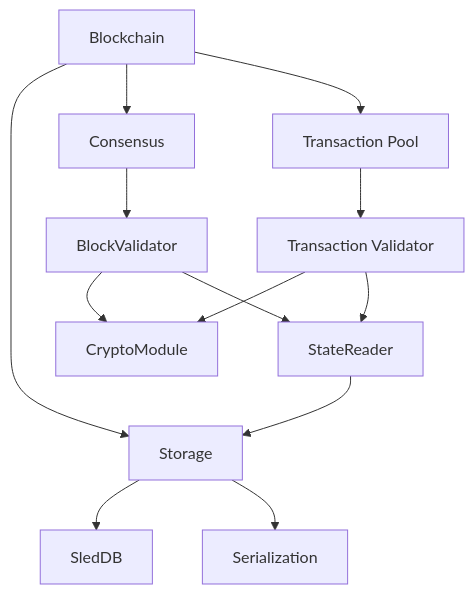
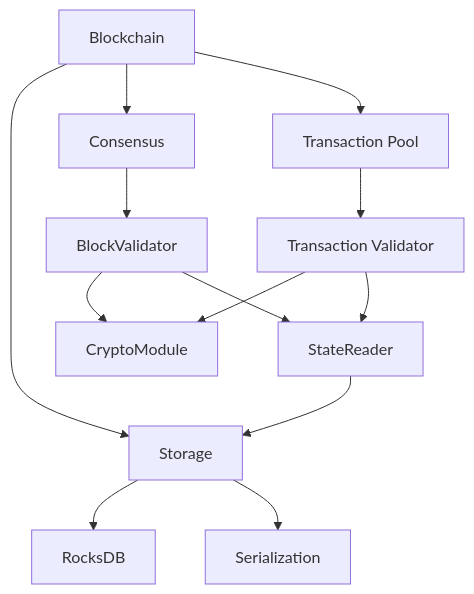
Before and after one commit to juant72/Blocana: the second of 2 diagrams in docs/architecture/stage1-architecture.md, drawn with Mermaid. The commit also changed other lines of this file and 7 other files, not shown here.

Commit message:
refactor: migrate storage engine from SledDB to RocksDB across documentation

````diff
--- a/docs/architecture/stage1-architecture.md
+++ b/docs/architecture/stage1-architecture.md
@@ -126,20 +127,20 @@
 ```mermaid
 flowchart TD
     Blockchain --> Storage
     Blockchain --> Consensus
     Blockchain --> TxPool[Transaction Pool]
     
     TxPool --> TxValidator[Transaction Validator]
     TxValidator --> CryptoModule
     TxValidator --> StateReader
     
     BlockValidator --> CryptoModule
     BlockValidator --> StateReader
     
-    Storage --> SledDB
+    Storage --> RocksDB
     Storage --> Serialization
     
     StateReader --> Storage
     
     Consensus --> BlockValidator
 ```
````
